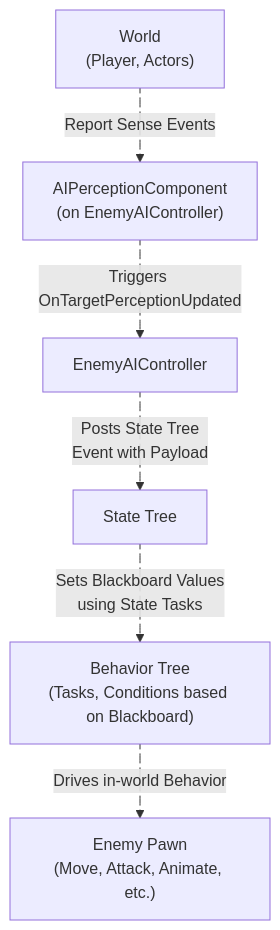
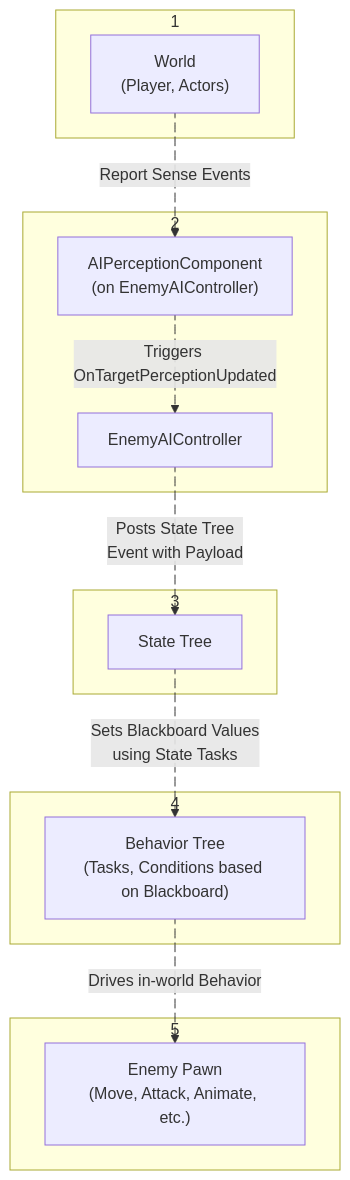
One commit to mdoli17/mdoli17.github.io changed the diagram in _writeups/FaithInAbyss/ai-system.md. Above: the diagram before and after it, drawn with Mermaid. The commit also changed other lines of this file and 1 other file, not shown here.

Commit message:
feat: upload video and add it to ay-system

````diff
--- a/_writeups/FaithInAbyss/ai-system.md
+++ b/_writeups/FaithInAbyss/ai-system.md
@@ -69,14 +69,31 @@
 ```mermaid
 flowchart TD
-    n1["World<br>(Player, Actors)"] L_n1_n2_0@-- Report Sense Events --> n2["AIPerceptionComponent<br>(on EnemyAIController)"]
-    n2 L_n2_n3_0@-- Triggers OnTargetPerceptionUpdated --> n3["EnemyAIController"]
-    n3 L_n3_n4_0@-- Posts State Tree<br>Event with Payload --> n4["State Tree"]
-    n4 L_n4_n5_0@-- Sets Blackboard Values<br>using State Tasks --> n5["Behavior Tree<br>(Tasks, Conditions based on Blackboard)"]
-    n5 L_n5_n6_0@-- "Drives in-world Behavior" --> n6["Enemy Pawn<br>(Move, Attack, Animate, etc.)"]
+ subgraph s1["2"]
+        n2["AIPerceptionComponent<br>(on EnemyAIController)"]
+        n3["EnemyAIController"]
+  end
+ subgraph s2["3"]
+        n4["State Tree"]
+  end
+ subgraph s3["4"]
+        n5["Behavior Tree<br>(Tasks, Conditions based on Blackboard)"]
+  end
+ subgraph s4["5"]
+        n6["Enemy Pawn<br>(Move, Attack, Animate, etc.)"]
+  end
+ subgraph s5["1"]
+        n1["World<br>(Player, Actors)"]
+  end
+    n1 L_n1_n2_0@-- Report Sense Events --> n2
+    n2 L_n2_n3_0@-- Triggers OnTargetPerceptionUpdated --> n3
+    n3 L_n3_n4_0@-- Posts State Tree<br>Event with Payload --> n4
+    n4 L_n4_n5_0@-- Sets Blackboard Values<br>using State Tasks --> n5
+    n5 L_n5_n6_0@-- "Drives in-world Behavior" --> n6
     n1@{ shape: rect}
+
     L_n1_n2_0@{ animation: slow }
     L_n2_n3_0@{ animation: slow }
     L_n3_n4_0@{ animation: slow }
     L_n4_n5_0@{ animation: slow }
     L_n5_n6_0@{ animation: slow }
 ```
````
